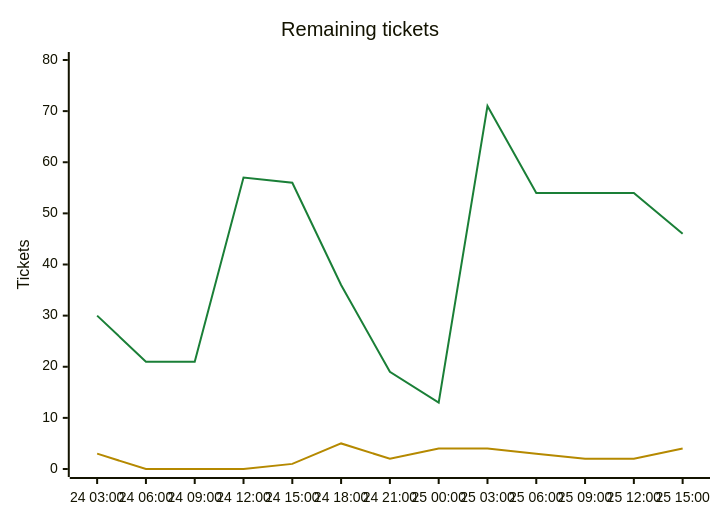
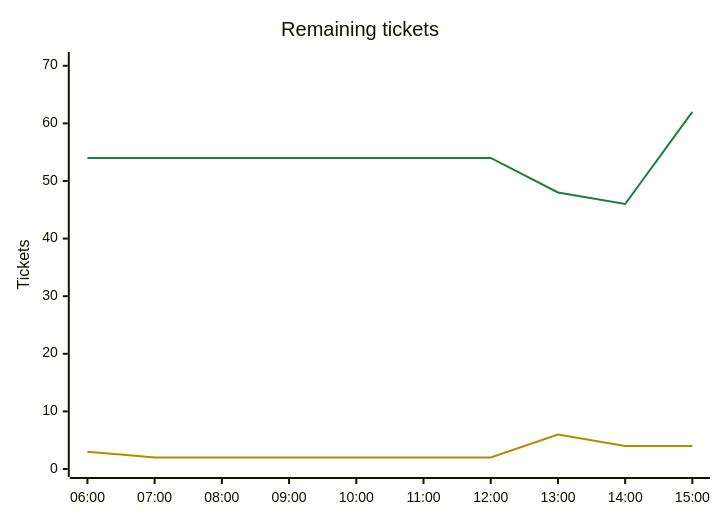
One commit to Kenmura/Unciv changed the second of 2 diagrams in csharp/migration/DEPENDENCY_MAP.md. Above: the diagram before and after it, drawn with Mermaid. The commit also changed other lines of this file and 2 other files, not shown here.

First line of the commit message:
migration: add tickets for gaps found in the phase 1-3 review

````diff
--- a/csharp/migration/DEPENDENCY_MAP.md
+++ b/csharp/migration/DEPENDENCY_MAP.md
@@ -413,9 +525,9 @@
 ```mermaid
 %%{init: {"themeVariables": {"xyChart": {"plotColorPalette": "#1a7f37, #b58900"}}}}%%
 xychart-beta
     title "Remaining tickets"
-    x-axis ["24 03:00", "24 06:00", "24 09:00", "24 12:00", "24 15:00", "24 18:00", "24 21:00", "25 00:00", "25 03:00", "25 06:00", "25 09:00", "25 12:00", "25 15:00"]
-    y-axis "Tickets" 0 --> 80
-    line [30, 21, 21, 57, 56, 36, 19, 13, 71, 54, 54, 54, 46]
-    line [3, 0, 0, 0, 1, 5, 2, 4, 4, 3, 2, 2, 4]
+    x-axis ["06:00", "07:00", "08:00", "09:00", "10:00", "11:00", "12:00", "13:00", "14:00", "15:00"]
+    y-axis "Tickets" 0 --> 71
+    line [54, 54, 54, 54, 54, 54, 54, 48, 46, 62]
+    line [3, 2, 2, 2, 2, 2, 2, 6, 4, 4]
 ```
````
